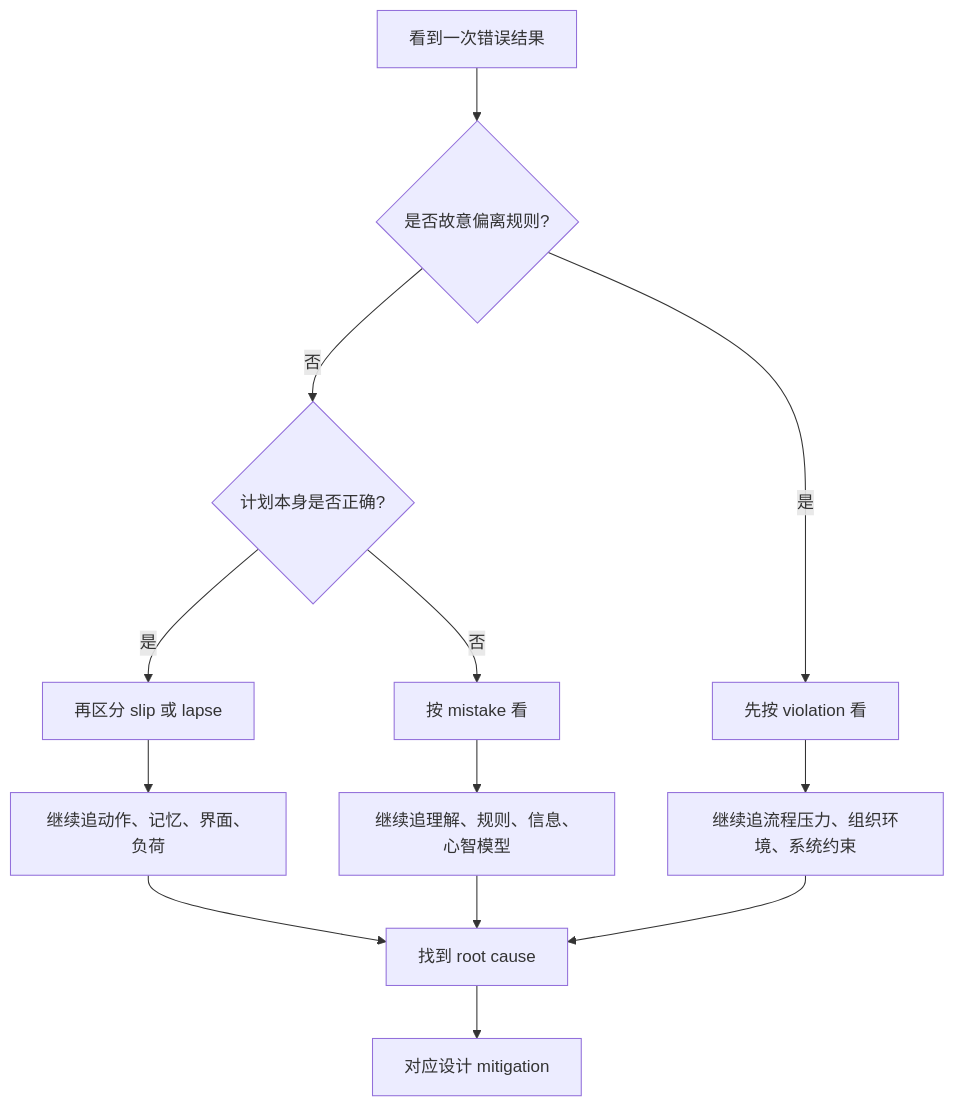
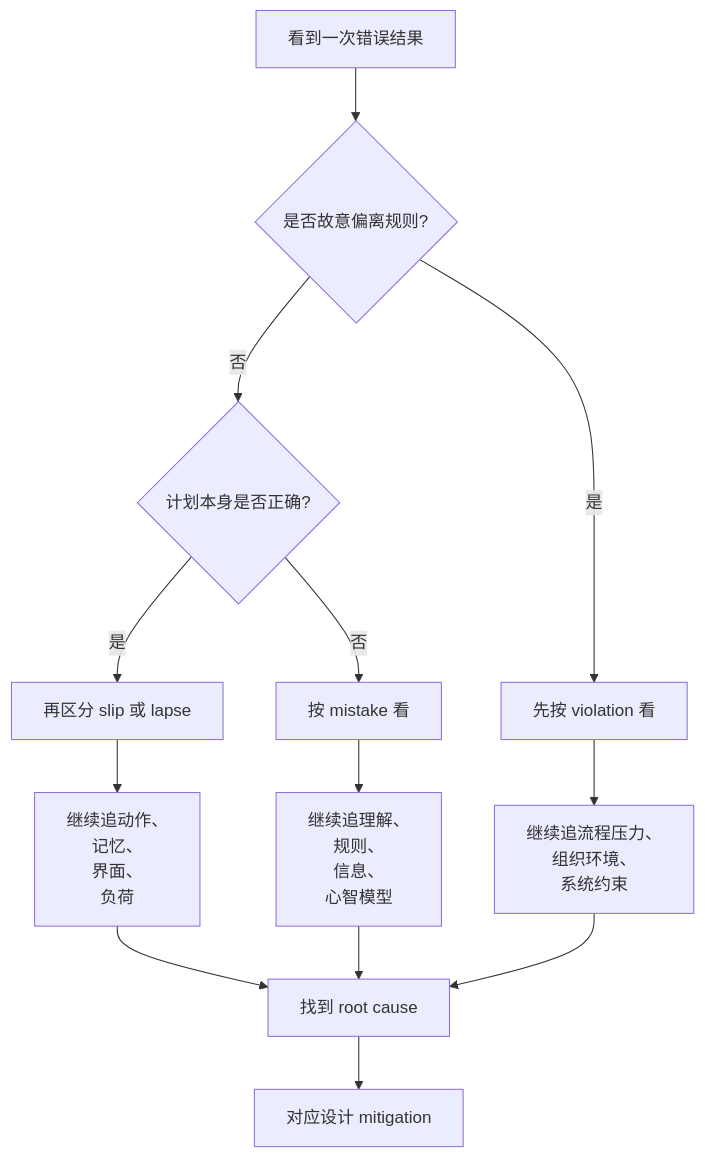
Before and after one commit to jeffliulab/hfe-notes: the diagram in docs/HFE_Foundations/human_error_frameworks.md, drawn with Mermaid. The commit also changed other lines of this file and 58 other files, not shown here.

````diff
--- a/docs/HFE_Foundations/human_error_frameworks.md
+++ b/docs/HFE_Foundations/human_error_frameworks.md
@@ -143,15 +245,23 @@
 ```mermaid
 flowchart TD
-    A[看到一次错误结果] --> B{是否故意偏离规则?}
-    B -- 是 --> C[先按 violation 看]
-    B -- 否 --> D{计划本身是否正确?}
-    D -- 是 --> E[再区分 slip 或 lapse]
-    D -- 否 --> F[按 mistake 看]
-    E --> G[继续追动作、记忆、界面、负荷]
-    F --> H[继续追理解、规则、信息、心智模型]
-    C --> I[继续追流程压力、组织环境、系统约束]
-    G --> J[找到 root cause]
-    H --> J
-    I --> J
-    J --> K[对应设计 mitigation]
+A[看到一次错误结果] --> B{是否故意偏离规则?}
+B -- 是 --> C[先按 violation 看]
+B -- 否 --> D{计划本身是否正确?}
+D -- 是 --> E[再区分 slip 或 lapse]
+D -- 否 --> F[按 mistake 看]
+E --> G[继续追动作、
+记忆、
+界面、
+负荷]
+F --> H[继续追理解、
+规则、
+信息、
+心智模型]
+C --> I[继续追流程压力、
+组织环境、
+系统约束]
+G --> J[找到 root cause]
+H --> J
+I --> J
+J --> K[对应设计 mitigation]
 ```
````
